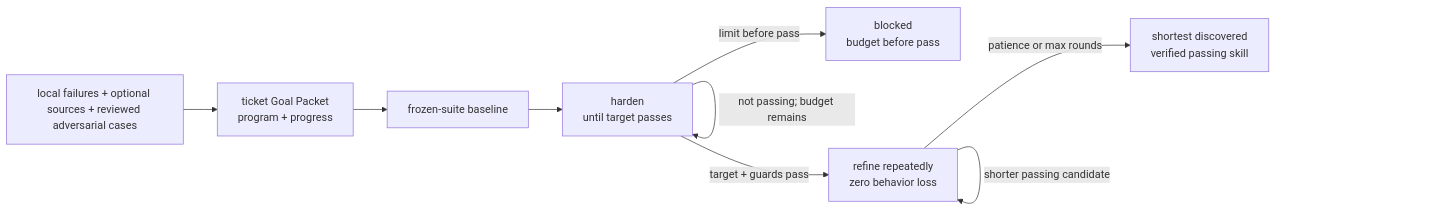
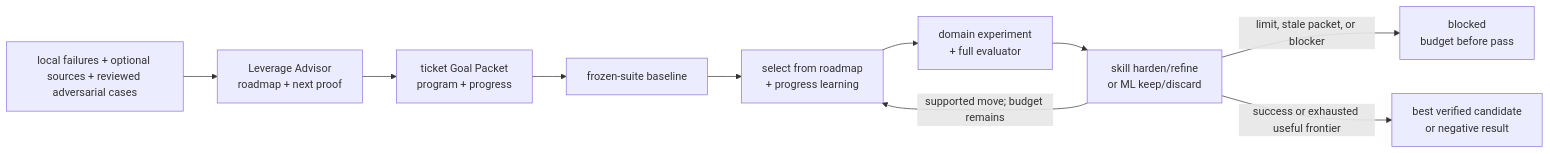
The diagram in docs/systems/self-improvement-learning.md (ZanarkandTechnologies/Farplane), drawn with Mermaid before and after one commit. The commit also changed other lines of this file and 21 other files, not shown here.

````diff
--- a/docs/systems/self-improvement-learning.md
+++ b/docs/systems/self-improvement-learning.md
@@ -104,17 +141,17 @@
 ```mermaid
 flowchart LR
   coverage["local failures + optional sources + reviewed adversarial cases"]
+  leverage["Leverage Advisor<br/>roadmap + next proof"]
   packet["ticket Goal Packet<br/>program + progress"]
   baseline["frozen-suite baseline"]
-  harden["harden<br/>until target passes"]
+  select["select from roadmap<br/>+ progress learning"]
+  execute["domain experiment<br/>+ full evaluator"]
+  harden["skill harden/refine<br/>or ML keep/discard"]
   blocked["blocked<br/>budget before pass"]
-  refine["refine repeatedly<br/>zero behavior loss"]
-  result["shortest discovered<br/>verified passing skill"]
+  result["best verified candidate<br/>or negative result"]
 
-  coverage --> packet --> baseline --> harden
-  harden -->|not passing; budget remains| harden
-  harden -->|limit before pass| blocked
-  harden -->|target + guards pass| refine
-  refine -->|shorter passing candidate| refine
-  refine -->|patience or max rounds| result
+  coverage --> leverage --> packet --> baseline --> select --> execute --> harden
+  harden -->|supported move; budget remains| select
+  harden -->|limit, stale packet, or blocker| blocked
+  harden -->|success or exhausted useful frontier| result
 ```
````
